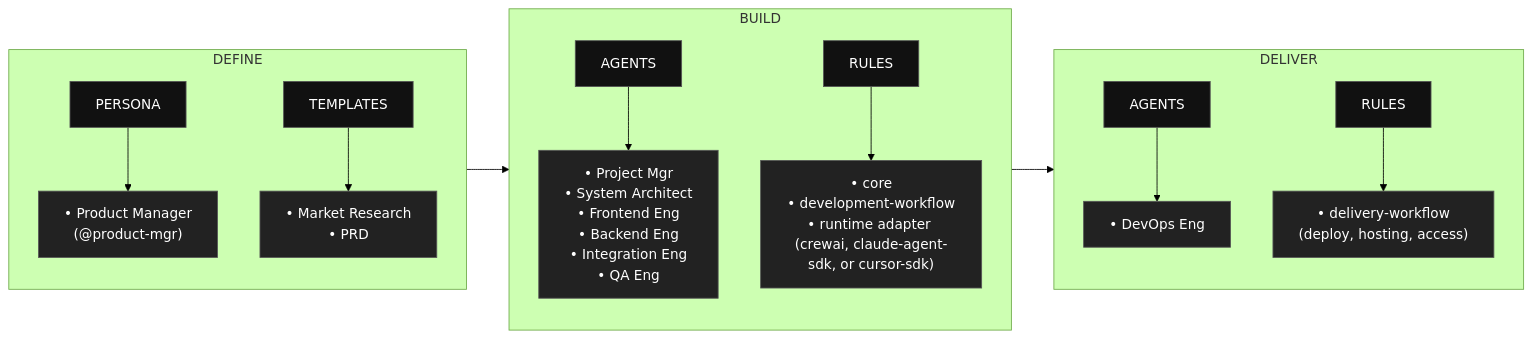
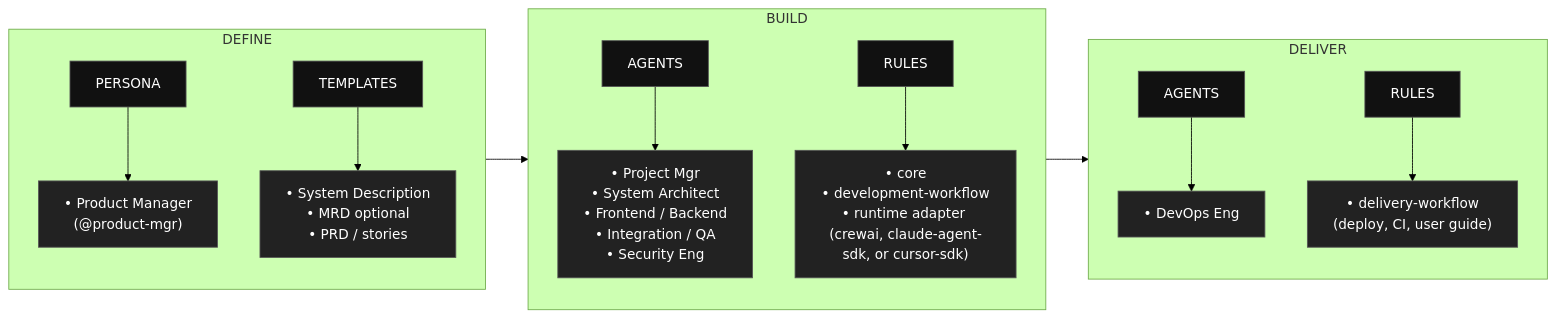
One commit to WesleyBrito/AAMAD changed the diagram in README.md. Above: the diagram before and after it, drawn with Mermaid (forest theme). The commit also changed other lines of this file and 4 other files, not shown here.

````diff
--- a/README.md
+++ b/README.md
@@ -74,23 +84,23 @@
 ```mermaid
 flowchart LR
   %% AAMAD phases overview
   subgraph P1[DEFINE]
     D1H[ PERSONA ]:::hdr --> D1L["• Product Manager<br/>(@product-mgr)"]:::list
-    D2H[TEMPLATES]:::hdr --> D2L["• Market Research<br/>• PRD"]:::list
+    D2H[TEMPLATES]:::hdr --> D2L["• System Description<br/>• MRD optional<br/>• PRD / stories"]:::list
   end
 
   subgraph P2[BUILD]
-    B1H[AGENTS]:::hdr --> B1L["• Project Mgr<br/>• System Architect<br/>• Frontend Eng<br/>• Backend Eng<br/>• Integration Eng<br/>• QA Eng"]:::list
+    B1H[AGENTS]:::hdr --> B1L["• Project Mgr<br/>• System Architect<br/>• Frontend / Backend<br/>• Integration / QA<br/>• Security Eng"]:::list
     B2H[RULES]:::hdr --> B2L["• core<br/>• development‑workflow<br/>• runtime adapter (crewai, claude-agent-sdk, or cursor-sdk)"]:::list
   end
 
   subgraph P3[DELIVER]
     L1H[AGENTS]:::hdr --> L1L["• DevOps Eng"]:::list
-    L2H[RULES]:::hdr --> L2L["• delivery‑workflow<br/>(deploy, hosting, access)"]:::list
+    L2H[RULES]:::hdr --> L2L["• delivery‑workflow<br/>(deploy, CI, user guide)"]:::list
   end
 
   P1 --> P2 --> P3
 
   classDef hdr fill:#111,stroke:#555,color:#fff;
   classDef list fill:#222,stroke:#555,color:#fff;
 ``` 
````
